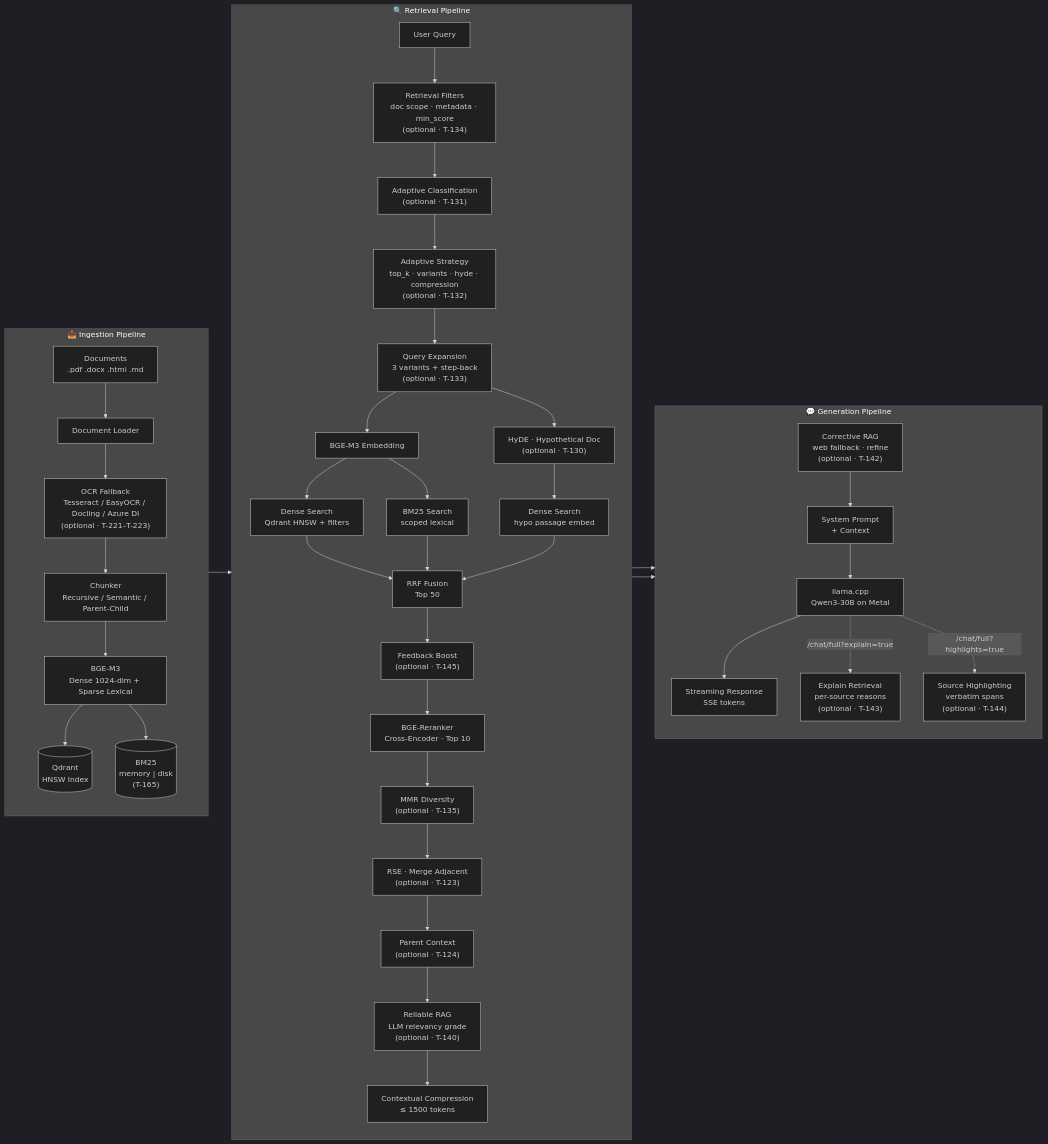
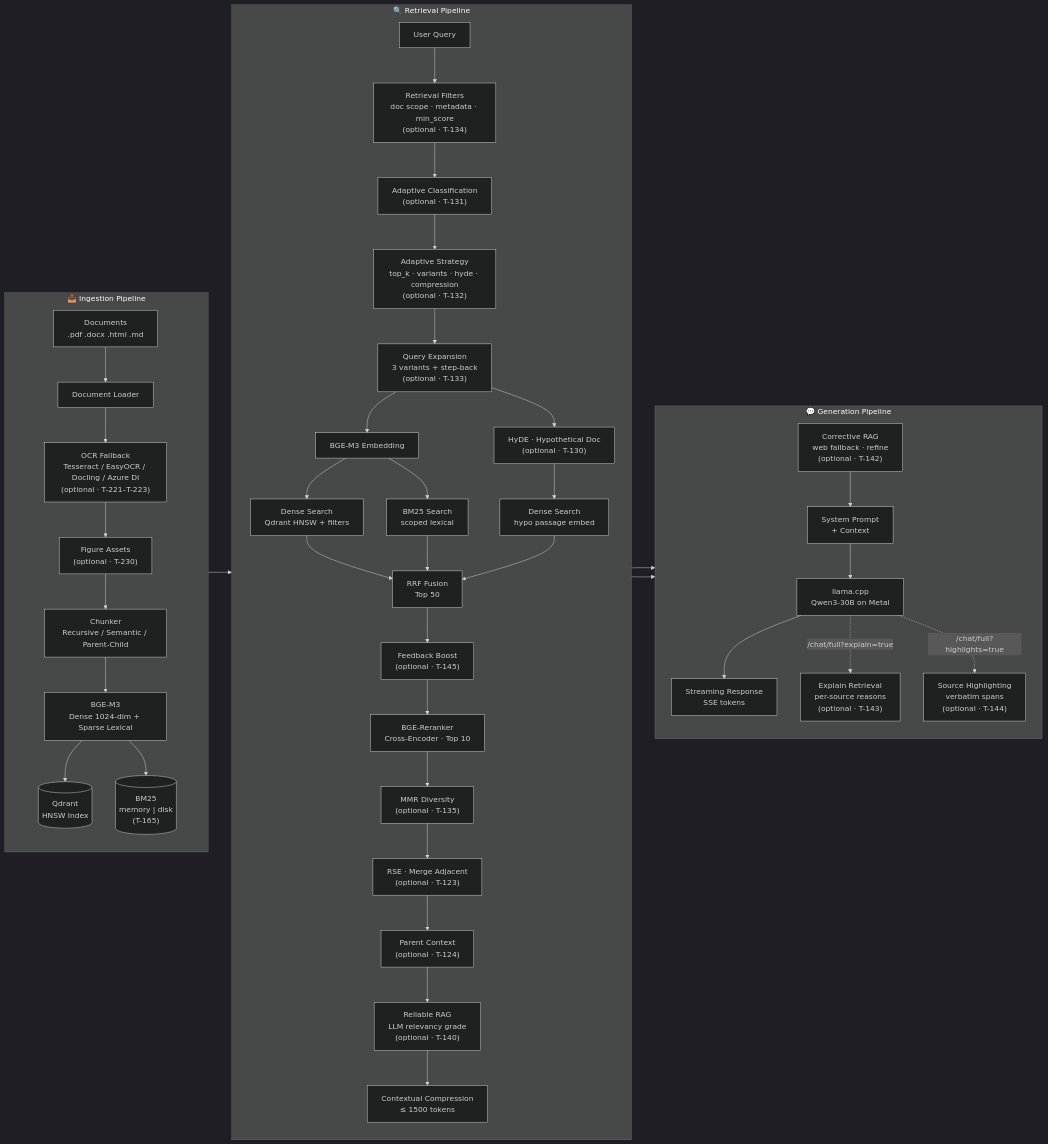
Before and after one commit to ealbertoav/rag_platform: the first of 24 diagrams in README.md, drawn with Mermaid (dark theme). The commit also changed other lines of this file and 14 other files, not shown here.

First line of the commit message:
Add figure asset extraction and storage support (T-230):

````diff
--- a/README.md
+++ b/README.md
@@ -117,48 +120,49 @@
 ```mermaid
 flowchart LR
     subgraph INGEST["📥 Ingestion Pipeline"]
         direction TB
         D["Documents<br/>.pdf .docx .html .md"] --> L[Document Loader]
         L --> OCR["OCR Fallback<br/>Tesseract / EasyOCR / Docling / Azure DI<br/>(optional · T-221–T-223)"]
-        OCR --> C["Chunker<br/>Recursive / Semantic / Parent-Child"]
+        OCR --> FIG["Figure Assets<br/>(optional · T-230)"]
+        FIG --> C["Chunker<br/>Recursive / Semantic / Parent-Child"]
         C --> E["BGE-M3<br/>Dense 1024-dim + Sparse Lexical"]
         E --> Q[("Qdrant<br/>HNSW Index")]
         E --> B[("BM25<br/>memory | disk<br/>(T-165)")]
     end
 
     subgraph RETRIEVE["🔍 Retrieval Pipeline"]
         direction TB
         QX["User Query"] --> FILT["Retrieval Filters<br/>doc scope · metadata · min_score<br/>(optional · T-134)"]
         FILT --> ADAPT["Adaptive Classification<br/>(optional · T-131)"]
         ADAPT --> STRAT["Adaptive Strategy<br/>top_k · variants · hyde · compression<br/>(optional · T-132)"]
         STRAT --> EXP["Query Expansion<br/>3 variants + step-back<br/>(optional · T-133)"]
         EXP --> EM[BGE-M3 Embedding]
         EXP --> HYDE["HyDE · Hypothetical Doc<br/>(optional · T-130)"]
         HYDE --> DS2["Dense Search<br/>hypo passage embed"]
         EM --> DS["Dense Search<br/>Qdrant HNSW + filters"]
         EM --> BS["BM25 Search<br/>scoped lexical"]
         DS --> RF["RRF Fusion<br/>Top 50"]
         DS2 --> RF
         BS --> RF
         RF --> FB["Feedback Boost<br/>(optional · T-145)"]
         FB --> RR["BGE-Reranker<br/>Cross-Encoder · Top 10"]
         RR --> DIV["MMR Diversity<br/>(optional · T-135)"]
         DIV --> RSE["RSE · Merge Adjacent<br/>(optional · T-123)"]
         RSE --> PC["Parent Context<br/>(optional · T-124)"]
         PC --> RRAG["Reliable RAG<br/>LLM relevancy grade<br/>(optional · T-140)"]
         RRAG --> CC["Contextual Compression<br/>≤ 1500 tokens"]
     end
 
     subgraph GENERATE["💬 Generation Pipeline"]
         direction TB
         CC --> CRAG["Corrective RAG<br/>web fallback · refine<br/>(optional · T-142)"]
         CRAG --> PR["System Prompt<br/>+ Context"]
         PR --> LLM["llama.cpp<br/>Qwen3-30B on Metal"]
         LLM --> SSE["Streaming Response<br/>SSE tokens"]
         LLM -.->|"/chat/full?explain=true"| XPL["Explain Retrieval<br/>per-source reasons<br/>(optional · T-143)"]
         LLM -.->|"/chat/full?highlights=true"| HL["Source Highlighting<br/>verbatim spans<br/>(optional · T-144)"]
     end
 
     INGEST --> RETRIEVE
     RETRIEVE --> GENERATE
 ```
````
